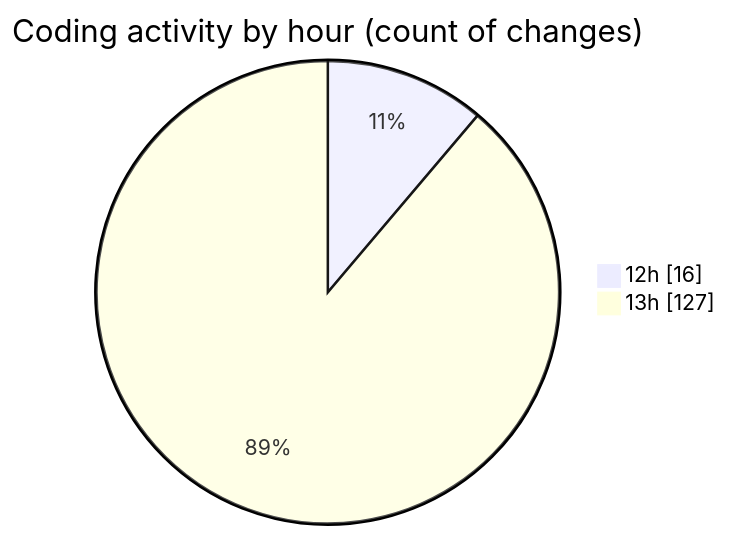
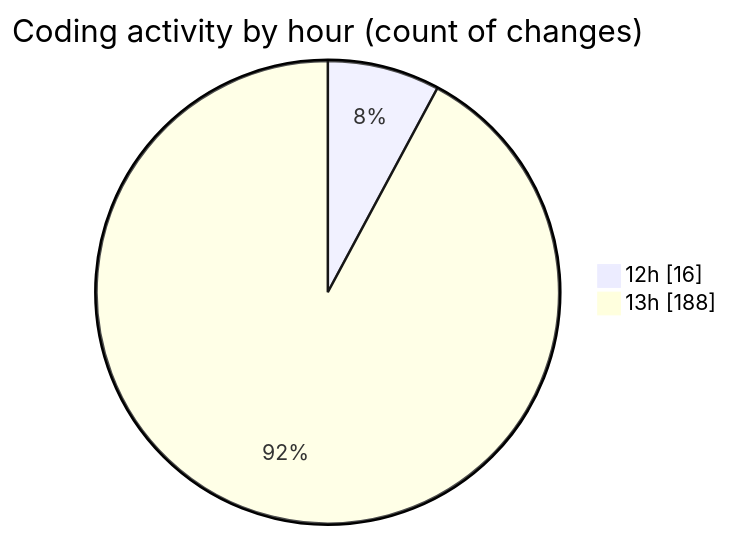
Before and after one commit to vahidmafi/code-tracking: the second of 2 diagrams in 2025-09-16/www/README.md, drawn with Mermaid. The commit also changed other lines of this file and 1 other file, not shown here.

````diff
--- a/2025-09-16/www/README.md
+++ b/2025-09-16/www/README.md
@@ -95,6 +125,6 @@
 ```mermaid
 pie showData
 title Coding activity by hour (count of changes)
 "12h" : 16
-"13h" : 127
+"13h" : 188
 ```
````
